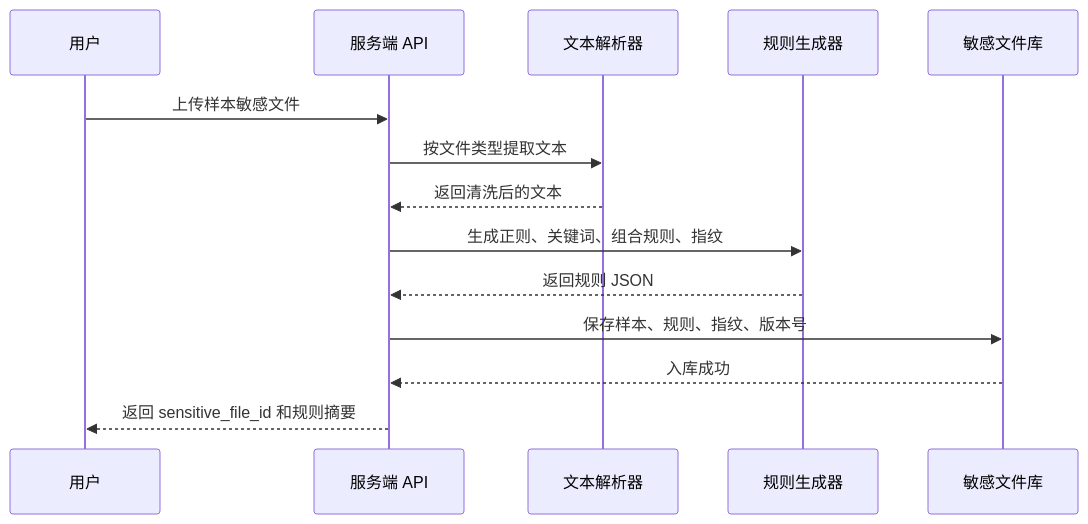
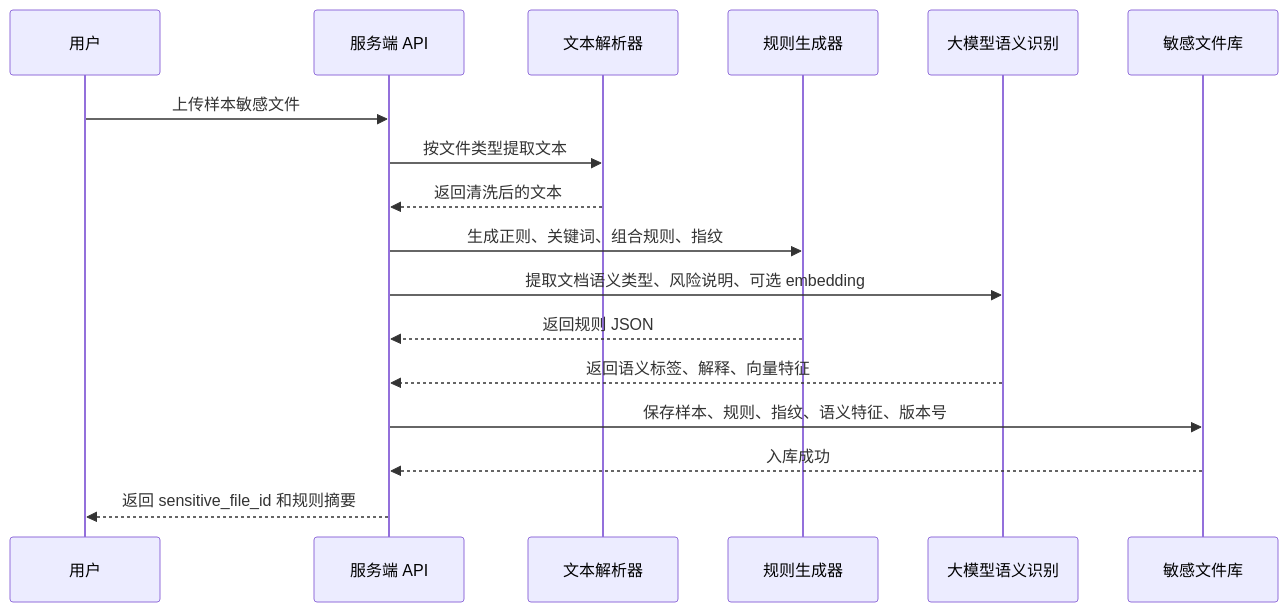
One commit to Chang-mh/SCU-project-model-1 changed the second of 4 diagrams in MODULE_ONE_PLAN.md. Above: the diagram before and after it, drawn with Mermaid. The commit also changed other lines of this file, not shown here.

````diff
--- a/MODULE_ONE_PLAN.md
+++ b/MODULE_ONE_PLAN.md
@@ -97,17 +139,20 @@
 ```mermaid
 sequenceDiagram
     participant User as 用户
     participant API as 服务端 API
     participant Parser as 文本解析器
     participant Rule as 规则生成器
+    participant LLM as 大模型语义识别
     participant DB as 敏感文件库
 
     User->>API: 上传样本敏感文件
     API->>Parser: 按文件类型提取文本
     Parser-->>API: 返回清洗后的文本
     API->>Rule: 生成正则、关键词、组合规则、指纹
+    API->>LLM: 提取文档语义类型、风险说明、可选 embedding
     Rule-->>API: 返回规则 JSON
-    API->>DB: 保存样本、规则、指纹、版本号
+    LLM-->>API: 返回语义标签、解释、向量特征
+    API->>DB: 保存样本、规则、指纹、语义特征、版本号
     DB-->>API: 入库成功
     API-->>User: 返回 sensitive_file_id 和规则摘要
 ```
````
